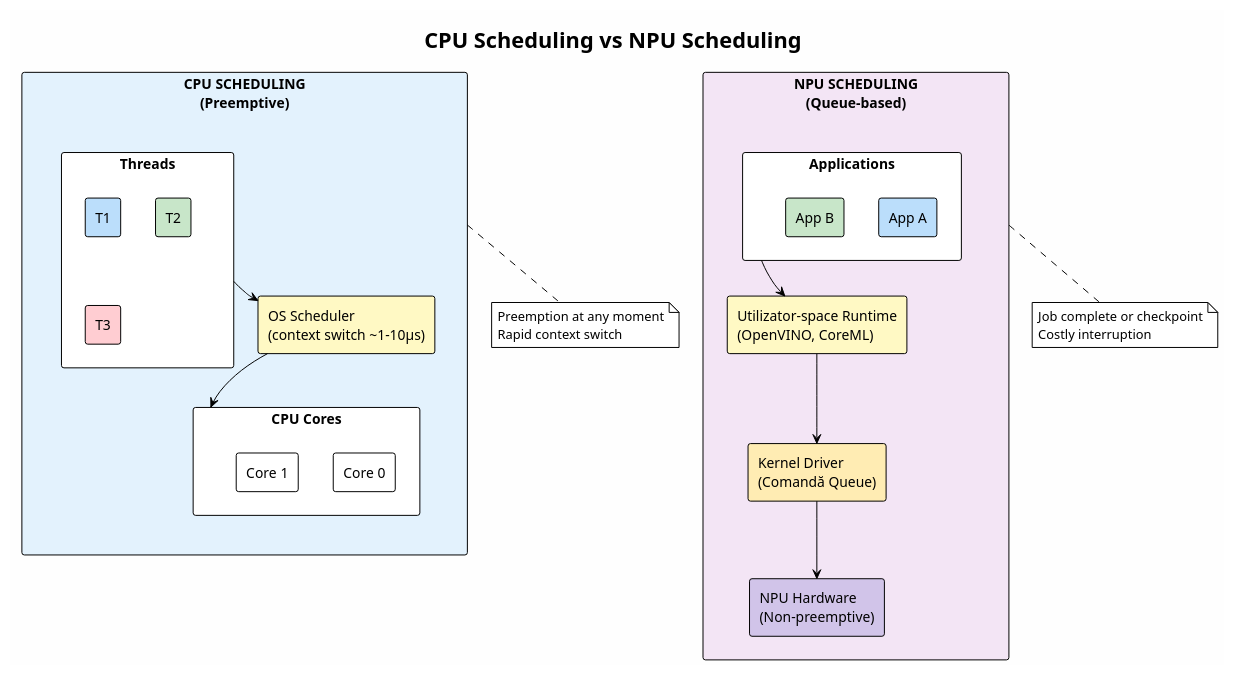
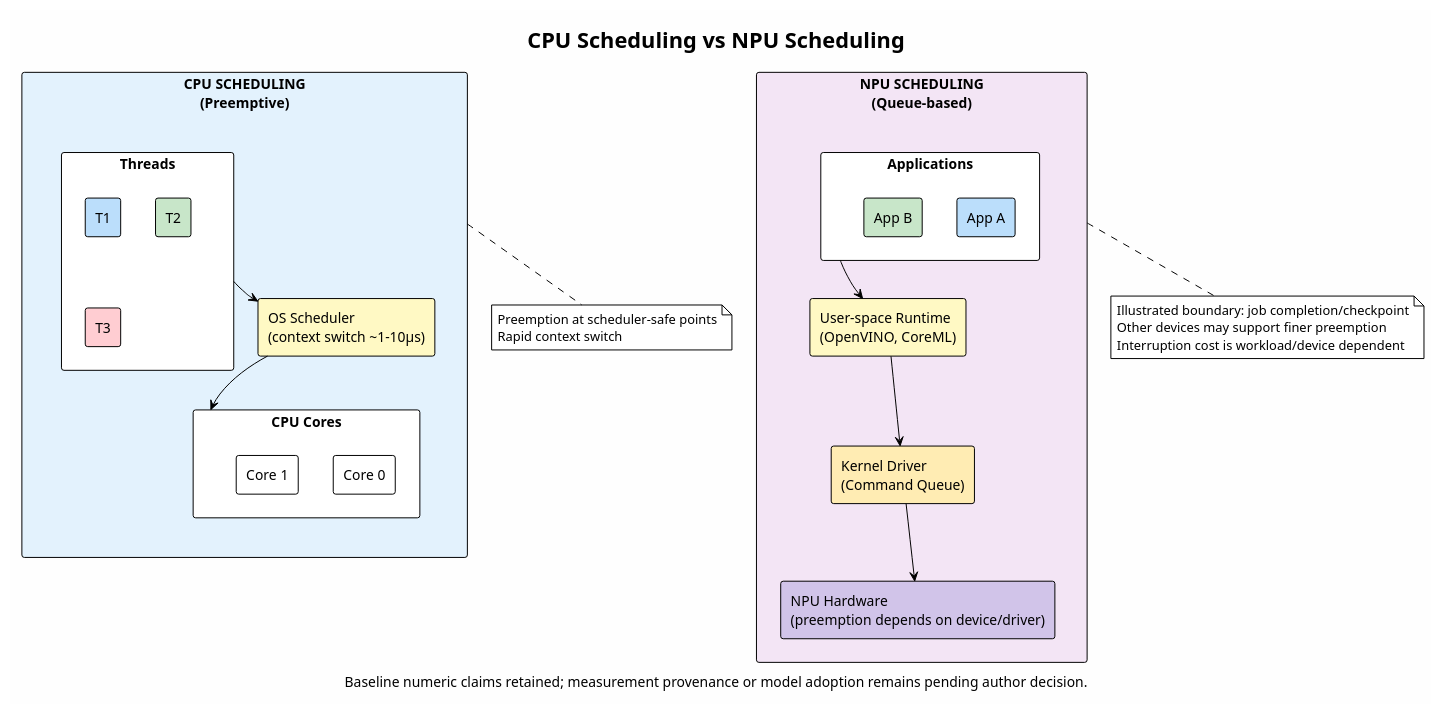
The diagram in 05_LECTURES/18supp-NPU_Integration_in_Operating_Systems/diagrams/04_npu_vs_cpu_scheduling.puml (antonioclim/ENos), drawn with PlantUML before and after one commit. The commit also changed 1408 other files, not shown here.

```diff
--- a/05_LECTURES/18supp-NPU_Integration_in_Operating_Systems/diagrams/04_npu_vs_cpu_scheduling.puml
+++ b/05_LECTURES/18supp-NPU_Integration_in_Operating_Systems/diagrams/04_npu_vs_cpu_scheduling.puml
@@ -1,54 +1,56 @@
 @startuml 04_npu_vs_cpu_scheduling
 !theme plain
 skinparam backgroundColor #FEFEFE
 
 title CPU Scheduling vs NPU Scheduling
 
 rectangle "CPU SCHEDULING\n(Preemptive)" as cpu_sched #E3F2FD {
     
     rectangle "Threads" as threads {
         rectangle "T1" as t1 #BBDEFB
         rectangle "T2" as t2 #C8E6C9
         rectangle "T3" as t3 #FFCDD2
     }
     
     rectangle "OS Scheduler\n(context switch ~1-10μs)" as os #FFF9C4
     
     rectangle "CPU Cores" as cores {
         rectangle "Core 0" as c0
         rectangle "Core 1" as c1
     }
     
     threads --> os
     os --> cores
 }
 
 rectangle "NPU SCHEDULING\n(Queue-based)" as npu_sched #F3E5F5 {
     
     rectangle "Applications" as apps {
         rectangle "App A" as a1 #BBDEFB
         rectangle "App B" as a2 #C8E6C9
     }
     
-    rectangle "Utilizator-space Runtime\n(OpenVINO, CoreML)" as runtime #FFF9C4
+    rectangle "User-space Runtime\n(OpenVINO, CoreML)" as runtime #FFF9C4
     
-    rectangle "Kernel Driver\n(Comandă Queue)" as driver #FFECB3
+    rectangle "Kernel Driver\n(Command Queue)" as driver #FFECB3
     
-    rectangle "NPU Hardware\n(Non-preemptive)" as npu_hw #D1C4E9
+    rectangle "NPU Hardware\n(preemption depends on device/driver)" as npu_hw #D1C4E9
     
     apps --> runtime
     runtime --> driver
     driver --> npu_hw
 }
 
 note bottom of cpu_sched
-  Preemption at any moment
+  Preemption at scheduler-safe points
   Rapid context switch
 end note
 
 note bottom of npu_sched
-  Job complete or checkpoint
-  Costly interruption
+  Illustrated boundary: job completion/checkpoint
+  Other devices may support finer preemption
+  Interruption cost is workload/device dependent
 end note
 
+caption Baseline numeric claims retained; measurement provenance or model adoption remains pending author decision.
 @enduml
```
